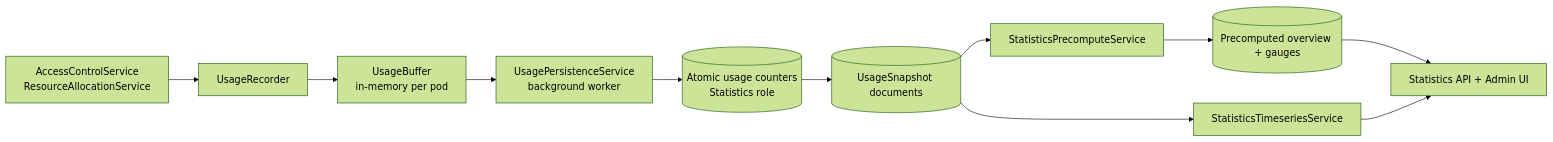
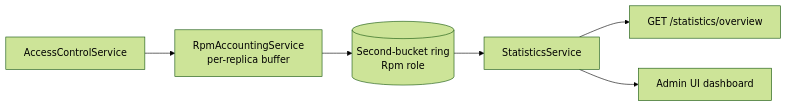
One commit to ShaharMS/ClientManager changed the diagram in docs/core/usage-and-observability.md. Above: the diagram before and after it, drawn with Mermaid (forest theme). The commit also changed other lines of this file and 74 other files, not shown here.

First line of the commit message:
Add regression tests and update ops docs for lean architecture.

````diff
--- a/docs/core/usage-and-observability.md
+++ b/docs/core/usage-and-observability.md
@@ -24,13 +11,8 @@
 ```mermaid
 flowchart LR
-    hot[AccessControlService<br/>ResourceAllocationService] --> rec[UsageRecorder]
-    rec --> buf[UsageBuffer<br/>in-memory per pod]
-    buf --> persist[UsagePersistenceService<br/>background worker]
-    persist --> counters[(Atomic usage counters<br/>Statistics role)]
-    counters --> snap[(UsageSnapshot documents)]
-    snap --> pre[StatisticsPrecomputeService]
-    pre --> meta[(Precomputed overview + gauges)]
-    snap --> ts[StatisticsTimeseriesService]
-    meta --> api[Statistics API + Admin UI]
-    ts --> api
+    hot[AccessControlService] --> rpm[RpmAccountingService<br/>per-replica buffer]
+    rpm --> ring[(Second-bucket ring<br/>Rpm role)]
+    ring --> stats[StatisticsService]
+    stats --> api[GET /statistics/overview]
+    stats --> ui[Admin UI dashboard]
 ```
````
